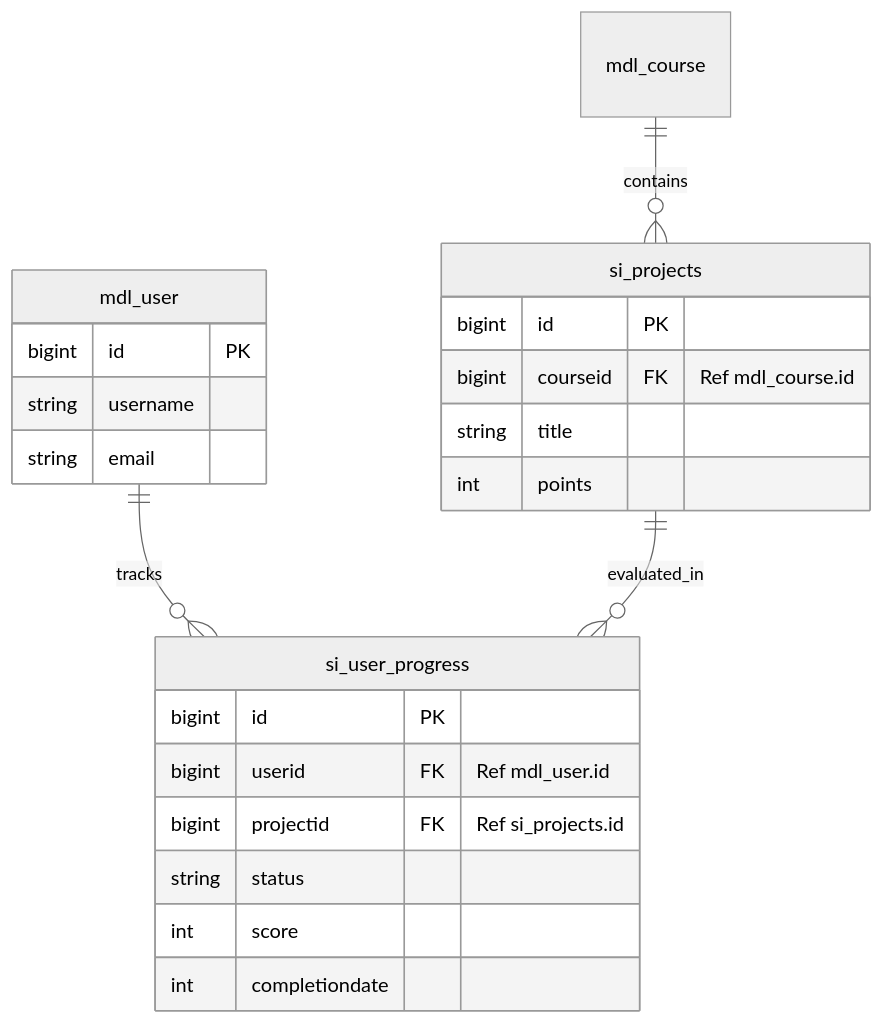
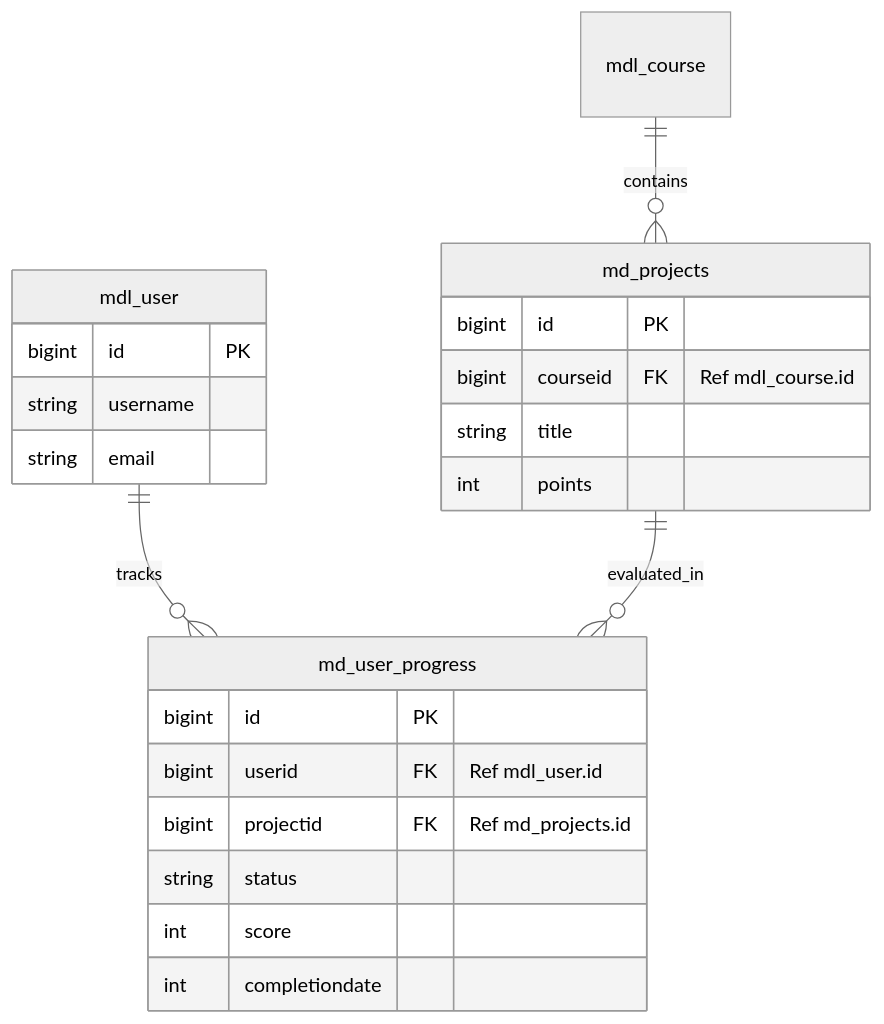
Before and after one commit to thapa8sabin/moodle-react-social-impact: the diagram in design.md, drawn with Mermaid (neutral theme). The commit also changed other lines of this file and 1 other file, not shown here.

````diff
--- a/design.md
+++ b/design.md
@@ -165,28 +165,28 @@
 ```mermaid
 erDiagram
-    mdl_user ||--o{ si_user_progress : "tracks"
-    mdl_course ||--o{ si_projects : "contains"
-    si_projects ||--o{ si_user_progress : "evaluated_in"
+    mdl_user ||--o{ md_user_progress : "tracks"
+    mdl_course ||--o{ md_projects : "contains"
+    md_projects ||--o{ md_user_progress : "evaluated_in"
 
     mdl_user {
         bigint id PK
         string username
         string email
     }
 
-    si_projects {
+    md_projects {
         bigint id PK
         bigint courseid FK "Ref mdl_course.id"
         string title
         int points
     }
 
-    si_user_progress {
+    md_user_progress {
         bigint id PK
         bigint userid FK "Ref mdl_user.id"
-        bigint projectid FK "Ref si_projects.id"
+        bigint projectid FK "Ref md_projects.id"
         string status
         int score
         int completiondate
     }
 ```
````
